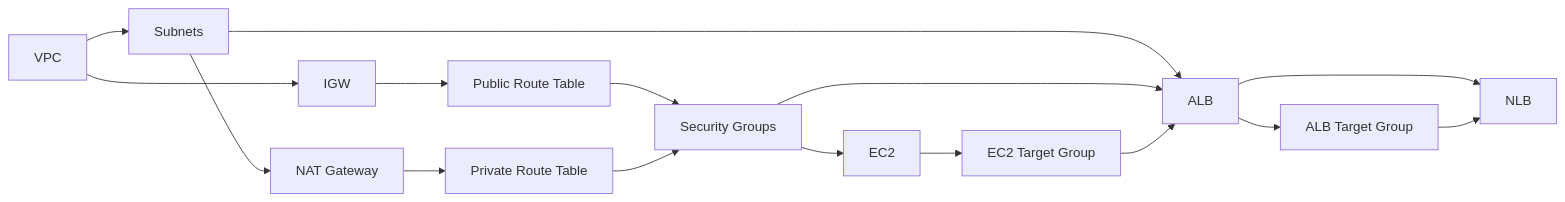
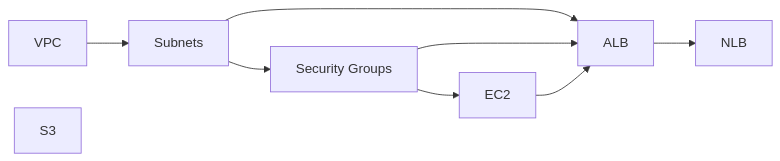
Before and after one commit to luhur-acn/intern-labs: the second of 2 diagrams in capstones/capstone3/Project_Capstone_Import.md, drawn with Mermaid. The commit also changed other lines of this file, not shown here.

Commit message:
feat: Replace generic import block pattern with detailed specifications for VPC, Subnets, Security Groups, EC2, ALB, and NLB modules.

````diff
--- a/capstones/capstone3/Project_Capstone_Import.md
+++ b/capstones/capstone3/Project_Capstone_Import.md
@@ -516,18 +1386,11 @@
 ```mermaid
 graph LR
     VPC --> Subnets
-    VPC --> IGW
-    IGW --> PublicRT[Public Route Table]
-    Subnets --> NatGW[NAT Gateway]
-    NatGW --> PrivateRT[Private Route Table]
-    PublicRT --> SG[Security Groups]
-    PrivateRT --> SG
+    Subnets --> SG[Security Groups]
     SG --> EC2
     Subnets --> ALB
     SG --> ALB
+    EC2 --> ALB
     ALB --> NLB
-    EC2 --> TG_EC2[EC2 Target Group]
-    TG_EC2 --> ALB
-    ALB --> TG_ALB[ALB Target Group]
-    TG_ALB --> NLB
+    S3
 ```
````
